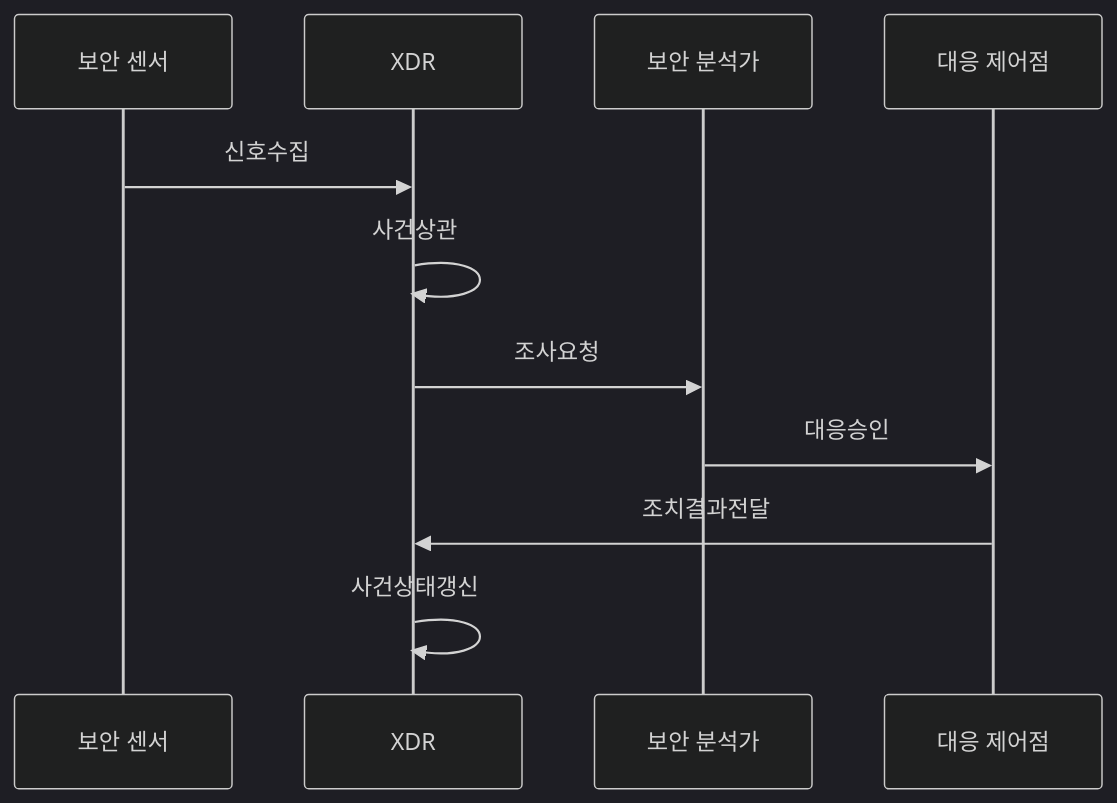
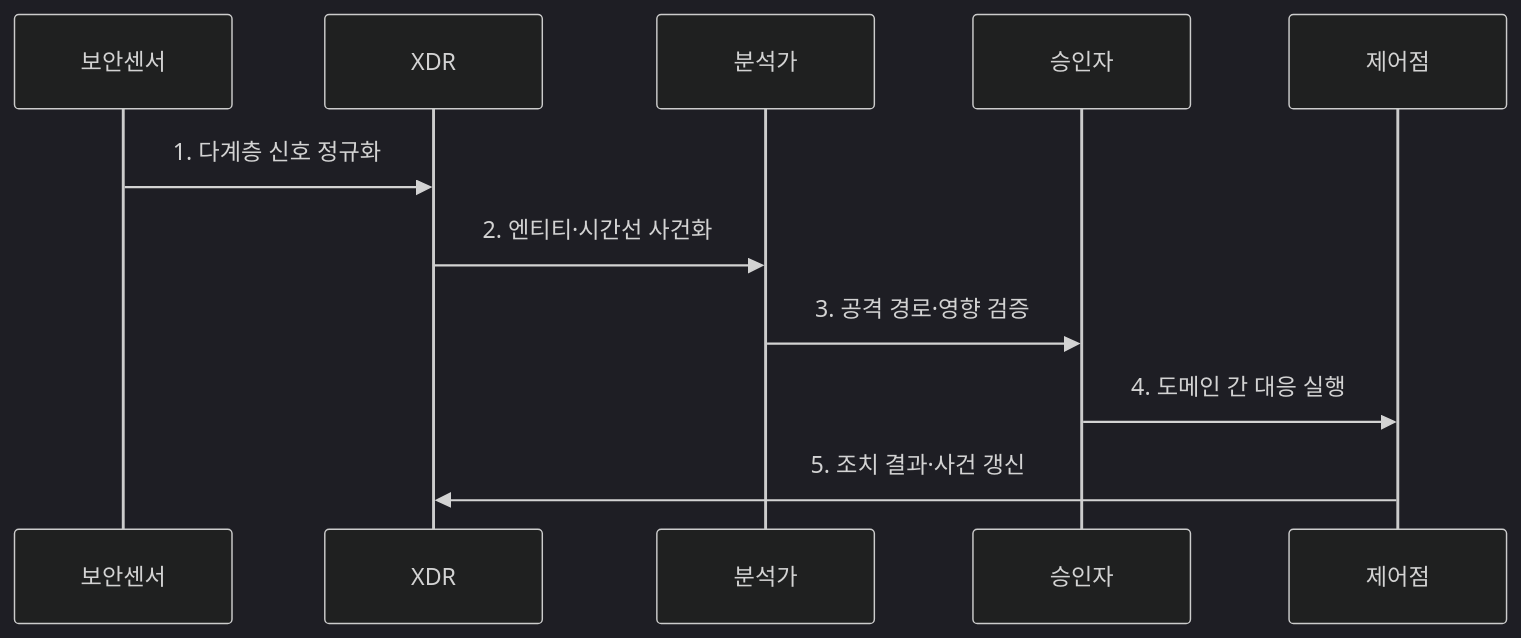
The second of 2 diagrams in src/content/docs/notes/05-security/039_extended_detection_response.md (agnusdei1207/knowledge-base), drawn with Mermaid (dark theme) before and after one commit. The commit also changed other lines of this file and 11 other files, not shown here.

````diff
--- a/src/content/docs/notes/05-security/039_extended_detection_response.md
+++ b/src/content/docs/notes/05-security/039_extended_detection_response.md
@@ -84,13 +77,13 @@
 ```mermaid
 sequenceDiagram
-    participant S as 보안 센서
-    participant X as XDR
-    participant A as 보안 분석가
-    participant C as 대응 제어점
-    S->>X: 신호수집
-    X->>X: 사건상관
-    X->>A: 조사요청
-    A->>C: 대응승인
-    C->>X: 조치결과전달
-    X->>X: 사건상태갱신
+    participant 보안센서
+    participant XDR
+    participant 분석가
+    participant 승인자
+    participant 제어점
+    보안센서->>XDR: 1. 다계층 신호 정규화
+    XDR->>분석가: 2. 엔티티·시간선 사건화
+    분석가->>승인자: 3. 공격 경로·영향 검증
+    승인자->>제어점: 4. 도메인 간 대응 실행
+    제어점->>XDR: 5. 조치 결과·사건 갱신
 ```
````
